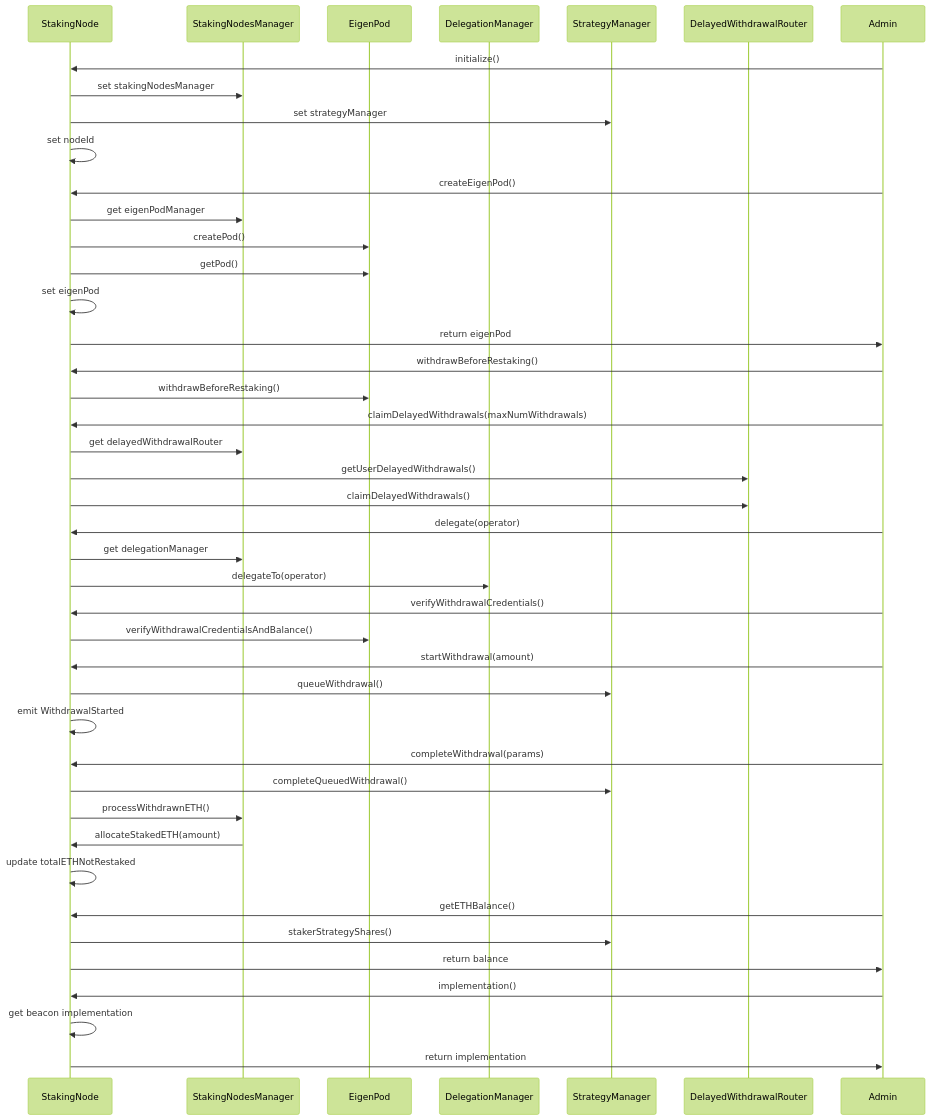
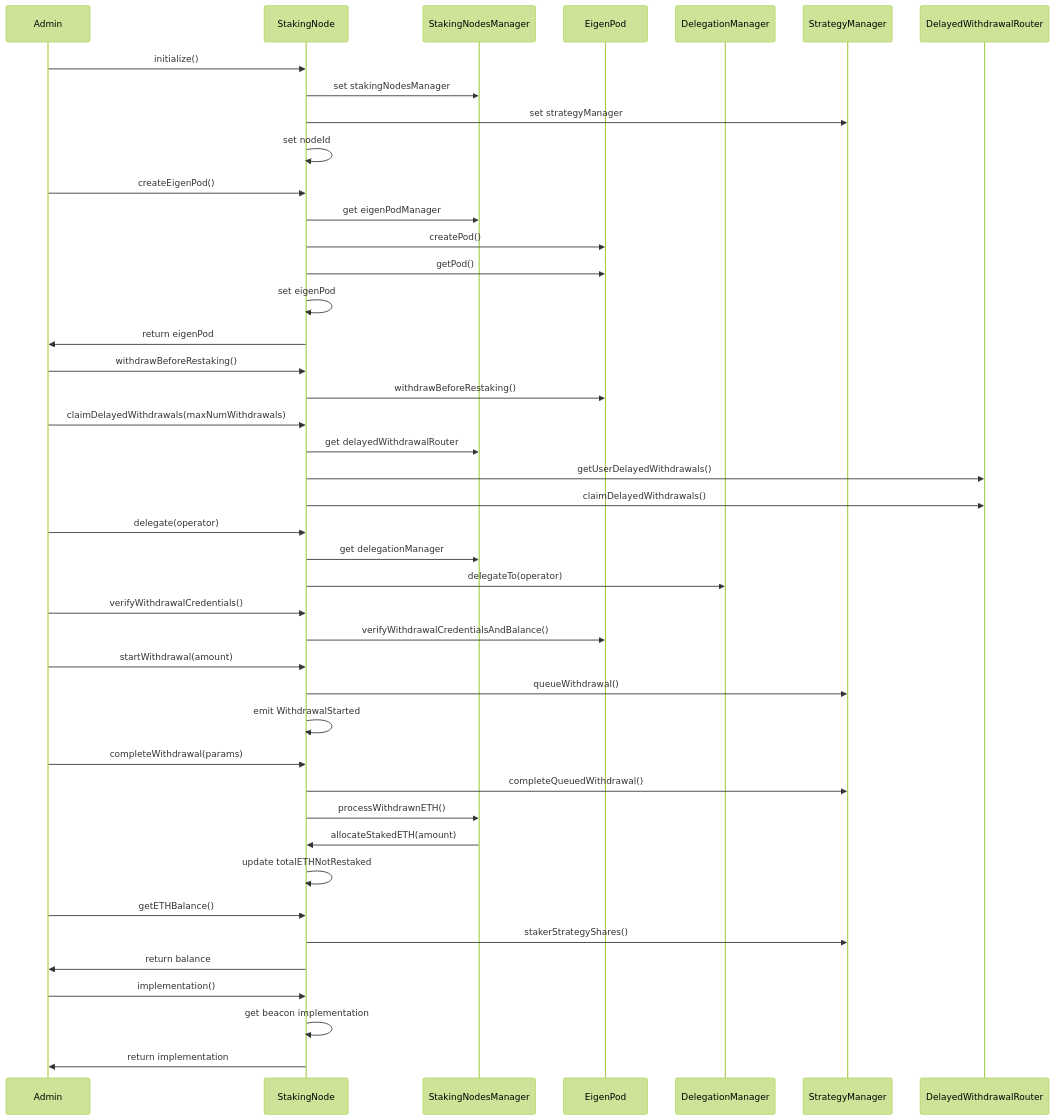
The third of 7 diagrams in docs/YieldNest-Flows.md (yieldnest/yieldnest-protocol), drawn with Mermaid (forest theme) before and after one commit. The commit also changed other lines of this file and 1 other file, not shown here.

````diff
--- a/docs/YieldNest-Flows.md
+++ b/docs/YieldNest-Flows.md
@@ -82,67 +82,67 @@
 ```mermaid
 sequenceDiagram
+    participant A as Admin
     participant S as StakingNode
     participant SM as StakingNodesManager
     participant EP as EigenPod
     participant DM as DelegationManager
     participant SRM as StrategyManager
     participant DR as DelayedWithdrawalRouter
-    participant A as Admin
 
     %% Initialization %%
     A->>S: initialize()
     S->>SM: set stakingNodesManager
     S->>SRM: set strategyManager
     S->>S: set nodeId
 
     %% EigenPod Creation %%
     A->>S: createEigenPod()
     S->>SM: get eigenPodManager
     S->>EP: createPod()
     S->>EP: getPod()
     S->>S: set eigenPod
     S->>A: return eigenPod
 
     %% Withdrawal Before Restaking %%
     A->>S: withdrawBeforeRestaking()
     S->>EP: withdrawBeforeRestaking()
 
     %% Claim Delayed Withdrawals %%
     A->>S: claimDelayedWithdrawals(maxNumWithdrawals)
     S->>SM: get delayedWithdrawalRouter
     S->>DR: getUserDelayedWithdrawals()
     S->>DR: claimDelayedWithdrawals()
 
     %% Delegate %%
     A->>S: delegate(operator)
     S->>SM: get delegationManager
     S->>DM: delegateTo(operator)
 
     %% Verify Withdrawal Credentials %%
     A->>S: verifyWithdrawalCredentials()
     S->>EP: verifyWithdrawalCredentialsAndBalance()
 
     %% Start Withdrawal %%
     A->>S: startWithdrawal(amount)
     S->>SRM: queueWithdrawal()
     S->>S: emit WithdrawalStarted
 
     %% Complete Withdrawal %%
     A->>S: completeWithdrawal(params)
     S->>SRM: completeQueuedWithdrawal()
     S->>SM: processWithdrawnETH()
 
     %% Allocate Staked ETH %%
     SM->>S: allocateStakedETH(amount)
     S->>S: update totalETHNotRestaked
 
     %% Get ETH Balance %%
     A->>S: getETHBalance()
     S->>SRM: stakerStrategyShares()
     S->>A: return balance
 
     %% Implementation %%
     A->>S: implementation()
     S->>S: get beacon implementation
     S->>A: return implementation
 ```
````
